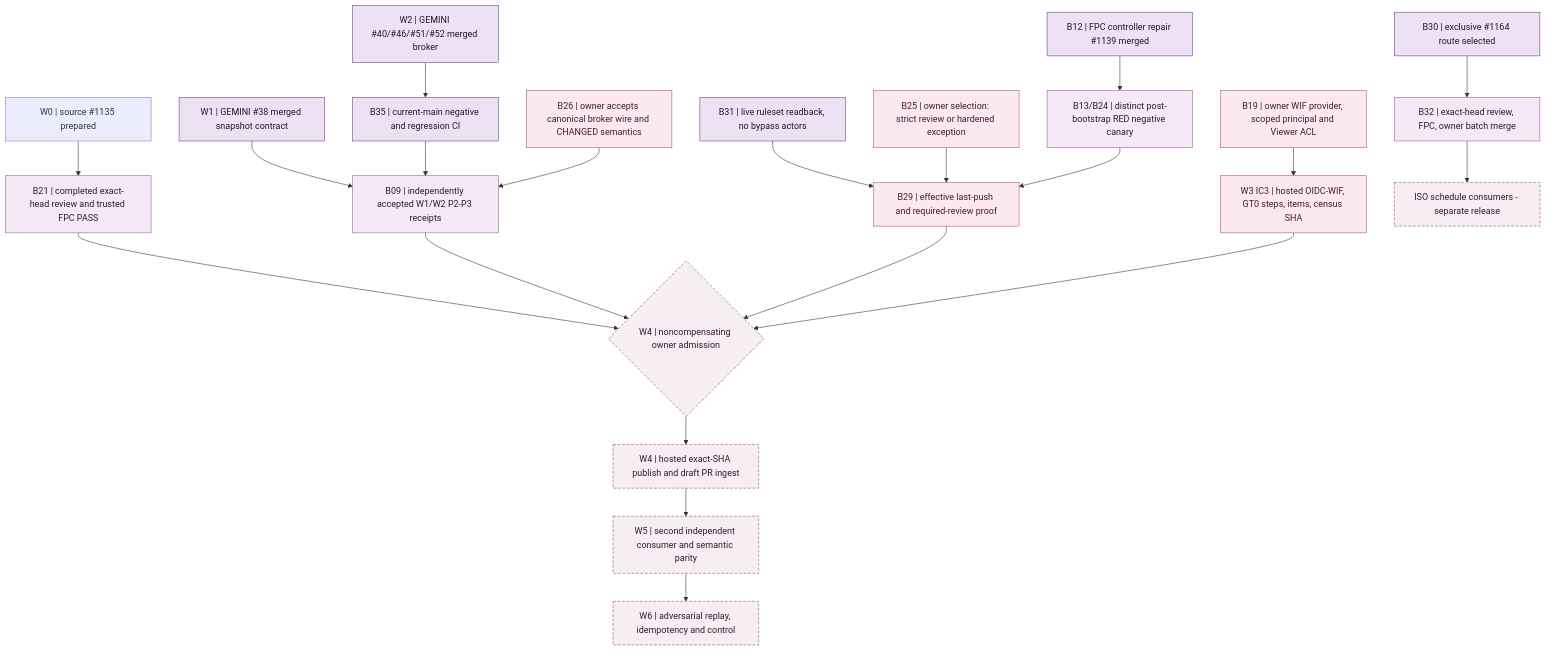
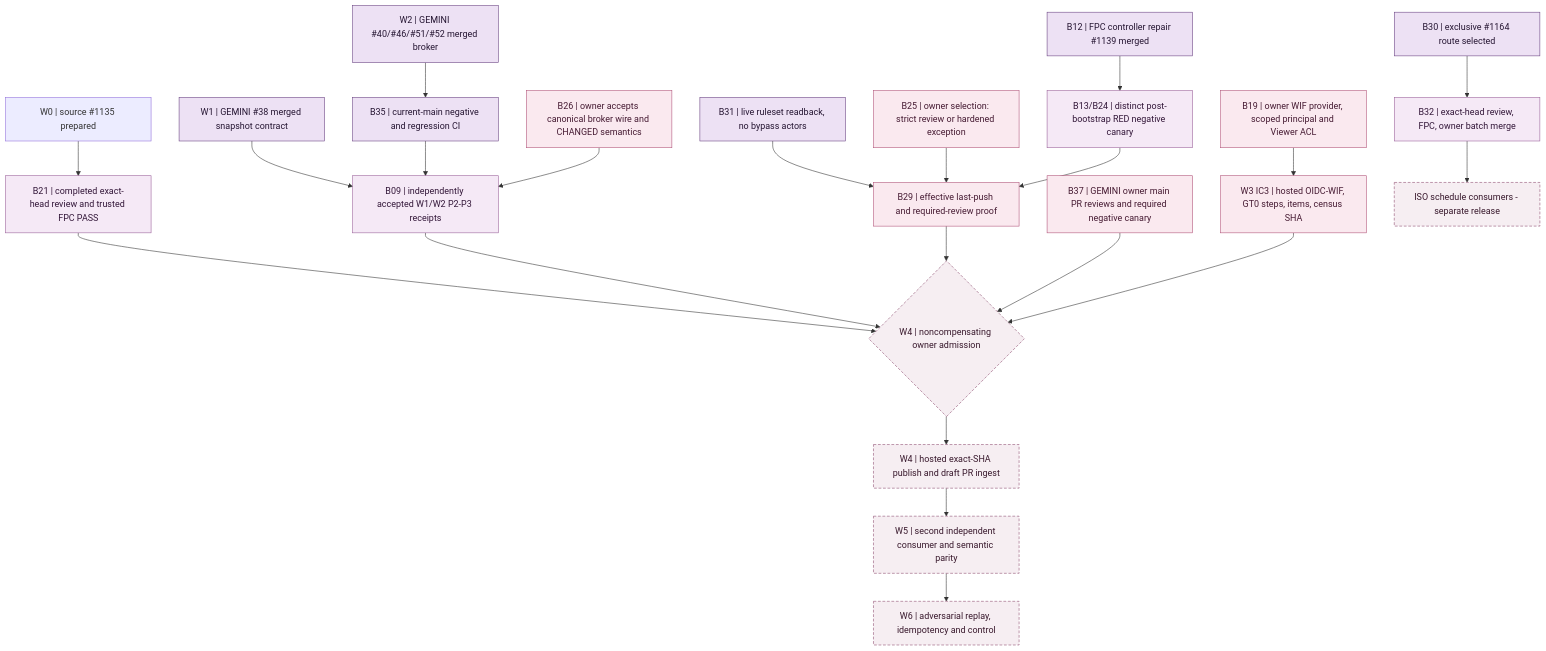
One commit to GBOGEB/pipeline-automation-hub changed the diagram in mission-control/grand-missions/diagrams/GM_I_C_R2_PROMOTION_DEPENDENCIES_P0005.mmd. Above: the diagram before and after it, drawn with Mermaid.

Commit message:
docs(gm-i-c): include GEMINI P0 review protection in W4 AND dependency

```diff
--- a/mission-control/grand-missions/diagrams/GM_I_C_R2_PROMOTION_DEPENDENCIES_P0005.mmd
+++ b/mission-control/grand-missions/diagrams/GM_I_C_R2_PROMOTION_DEPENDENCIES_P0005.mmd
@@ -1,30 +1,31 @@
 flowchart TD
   %% P0005 ADMISSION dependency graph: each inbound edge is a mandatory AND prerequisite.
   %% Never treat source-merged or native-green as independent review or owner admission.
   B12["B12 | FPC controller repair #1139 merged"] --> B13["B13/B24 | distinct post-bootstrap RED negative canary"]
   B31["B31 | live ruleset readback, no bypass actors"] --> B29["B29 | effective last-push and required-review proof"]
   B25["B25 | owner selection: strict review or hardened exception"] --> B29
   B13 --> B29
   H0["W0 | source #1135 prepared"] --> B21["B21 | completed exact-head review and trusted FPC PASS"]
   G1["W1 | GEMINI #38 merged snapshot contract"] --> B09["B09 | independently accepted W1/W2 P2-P3 receipts"]
   G2["W2 | GEMINI #40/#46/#51/#52 merged broker"] --> B35["B35 | current-main negative and regression CI"]
   B35 --> B09
   B26["B26 | owner accepts canonical broker wire and CHANGED semantics"] --> B09
   B19["B19 | owner WIF provider, scoped principal and Viewer ACL"] --> IC3["W3 IC3 | hosted OIDC-WIF, GT0 steps, items, census SHA"]
   B21 --> ADMIT{"W4 | noncompensating owner admission"}
   B09 --> ADMIT
   B29 --> ADMIT
+  B37["B37 | GEMINI owner main PR reviews and required negative canary"] --> ADMIT
   IC3 --> ADMIT
   ADMIT --> W4["W4 | hosted exact-SHA publish and draft PR ingest"]
   W4 --> W5["W5 | second independent consumer and semantic parity"]
   W5 --> W6["W6 | adversarial replay, idempotency and control"]
   B30["B30 | exclusive #1164 route selected"] --> B32["B32 | exact-head review, FPC, owner batch merge"]
   B32 --> ISO["ISO schedule consumers - separate release"]
   classDef done fill:#ede1f4,stroke:#684080,color:#251532
   classDef review fill:#f5e9f6,stroke:#9a6099,color:#321638
   classDef owner fill:#fae9ef,stroke:#b05278,color:#451a32
   classDef blocked fill:#f6eef2,stroke:#8c4b6e,color:#38182c,stroke-dasharray:5 3
   class B12,B31,G1,G2,B35,B30 done
   class B13,B21,B09,B32 review
-  class B25,B26,B29,B19,IC3 owner
+  class B25,B26,B29,B37,B19,IC3 owner
   class ADMIT,W4,W5,W6,ISO blocked
```
